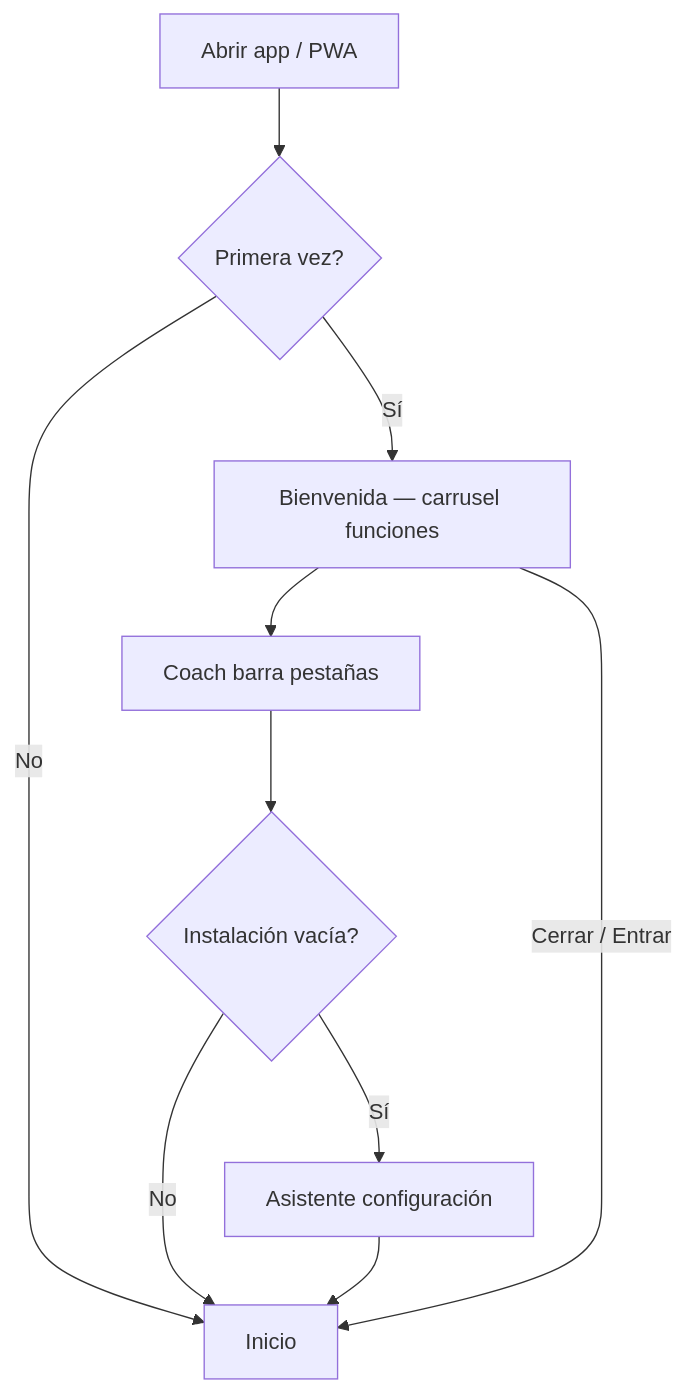
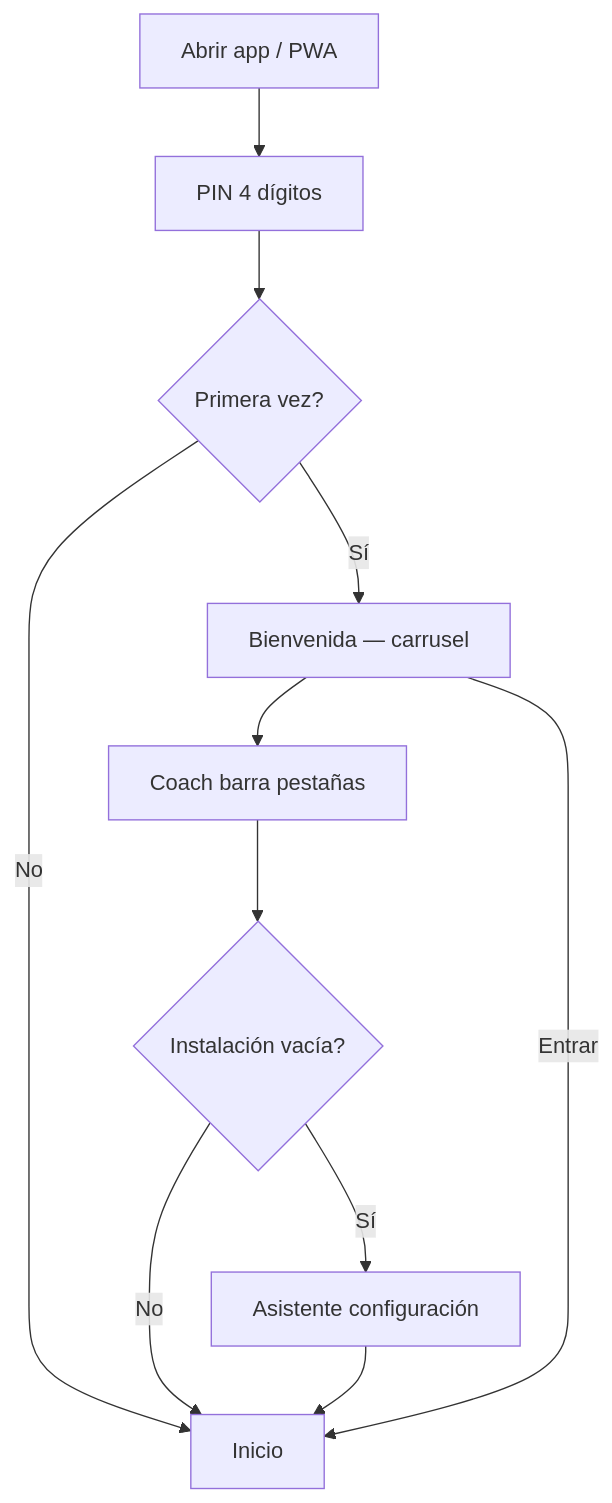
One commit to Debrin77/HidroGrow-web changed the first of 10 diagrams in docs/diagrama-flujo-hidrogrow.md. Above: the diagram before and after it, drawn with Mermaid. The commit also changed other lines of this file and 9 other files, not shown here.

First line of the commit message:
perf60: unificar checklist enraizado y diagrama de flujo completo

````diff
--- a/docs/diagrama-flujo-hidrogrow.md
+++ b/docs/diagrama-flujo-hidrogrow.md
@@ -15,12 +17,13 @@
 ```mermaid
 flowchart TD
-  A[Abrir app / PWA] --> B{Primera vez?}
-  B -->|Sí| C[Bienvenida — carrusel funciones]
+  A[Abrir app / PWA] --> PIN[PIN 4 dígitos]
+  PIN --> B{Primera vez?}
+  B -->|Sí| C[Bienvenida — carrusel]
   B -->|No| H[Inicio]
   C --> D[Coach barra pestañas]
   D --> E{Instalación vacía?}
   E -->|Sí| F[Asistente configuración]
   E -->|No| H
   F --> H
-  C -->|Cerrar / Entrar| H
+  C -->|Entrar| H
 ```
````
